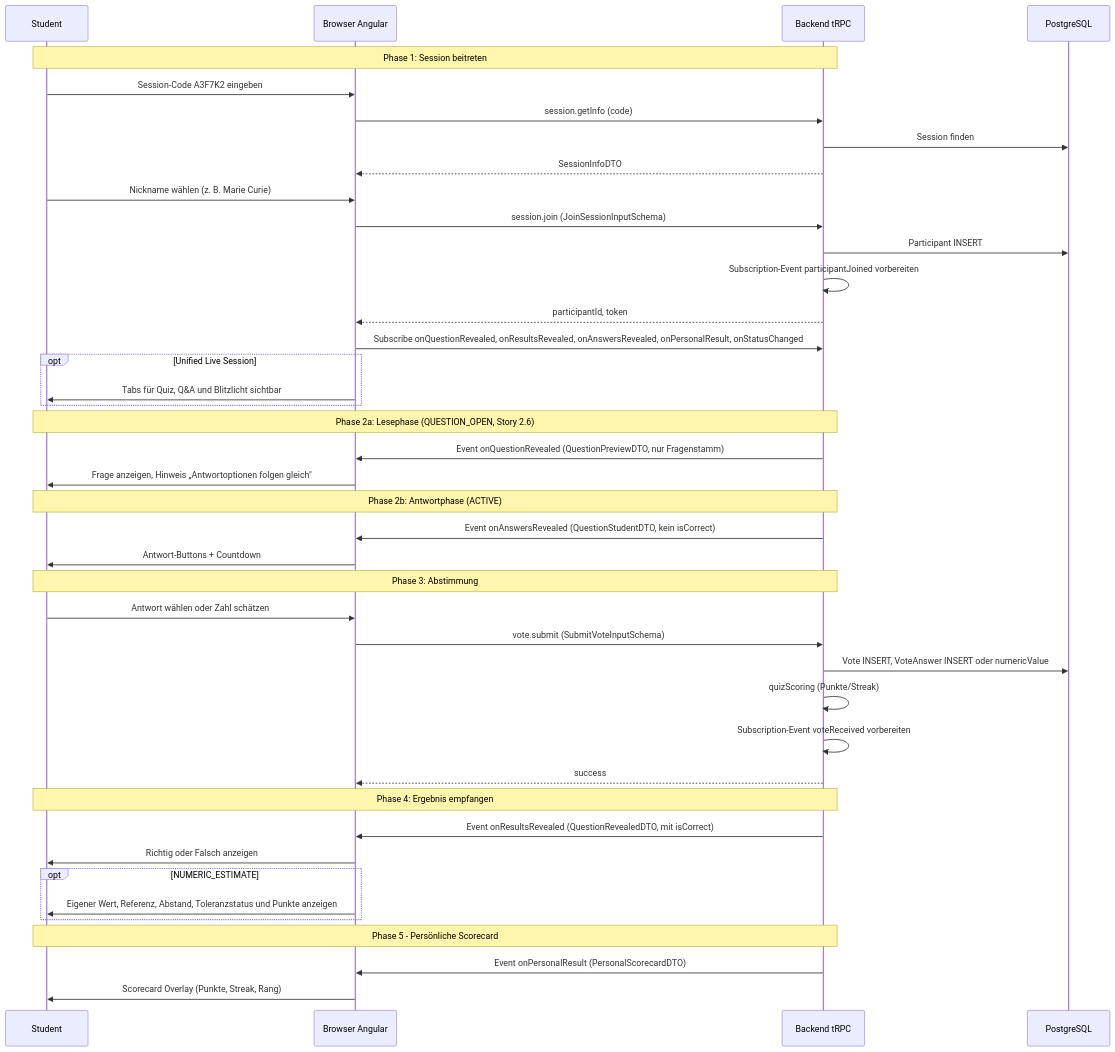
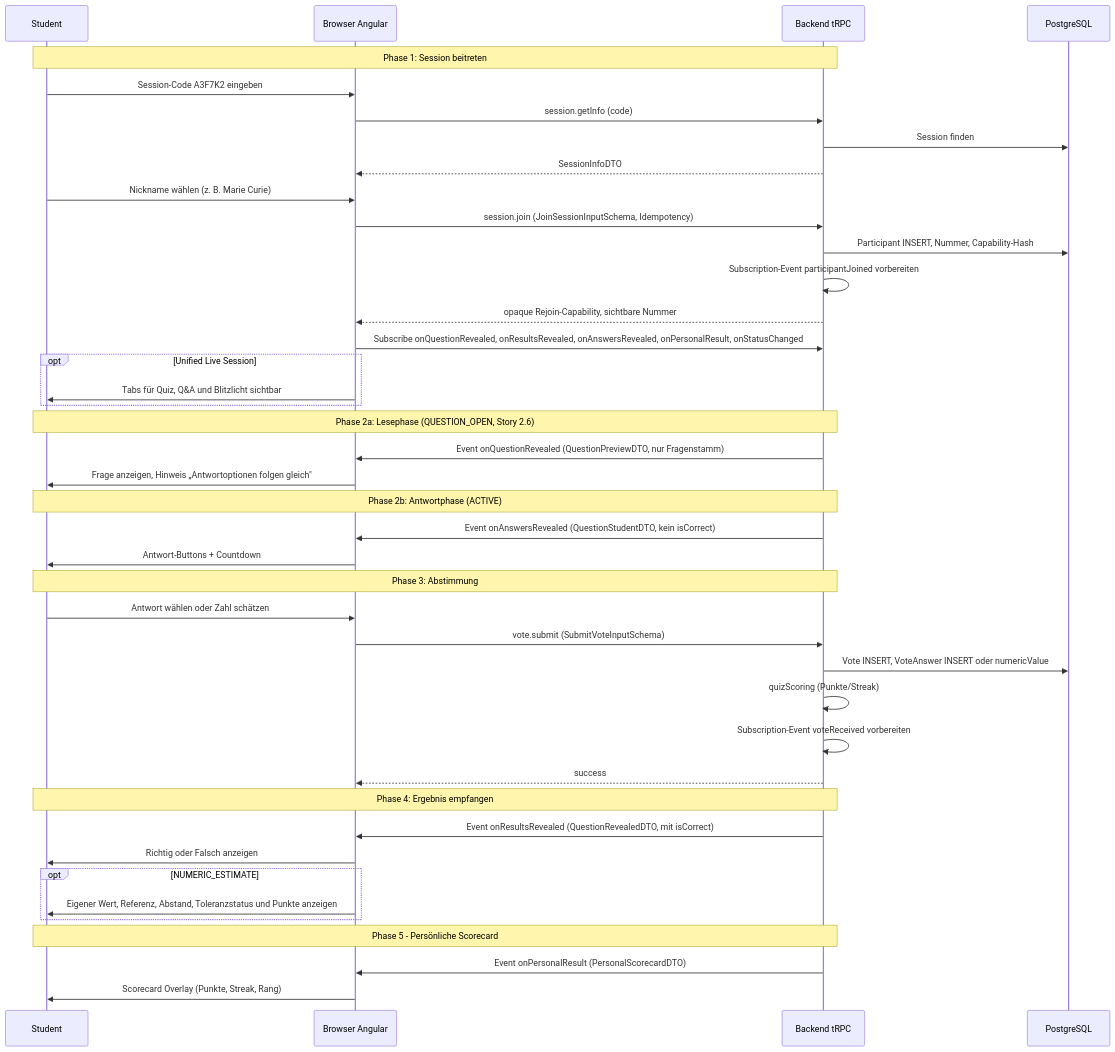
One commit to kqc-real/arsnova.eu changed diagram 16 of 23 in docs/diagrams/diagrams.md. Above: the diagram before and after it, drawn with Mermaid. The commit also changed other lines of this file and 13 other files, not shown here.

````diff
--- a/docs/diagrams/diagrams.md
+++ b/docs/diagrams/diagrams.md
@@ -815,49 +870,49 @@
 ```mermaid
 sequenceDiagram
     participant S as Student
     participant FE as Browser Angular
     participant BE as Backend tRPC
     participant PG as PostgreSQL
 
     Note over S,BE: Phase 1: Session beitreten
     S->>FE: Session-Code A3F7K2 eingeben
     FE->>BE: session.getInfo (code)
     BE->>PG: Session finden
     BE-->>FE: SessionInfoDTO
     S->>FE: Nickname wählen (z. B. Marie Curie)
-    FE->>BE: session.join (JoinSessionInputSchema)
-    BE->>PG: Participant INSERT
+    FE->>BE: session.join (JoinSessionInputSchema, Idempotency)
+    BE->>PG: Participant INSERT, Nummer, Capability-Hash
     BE->>BE: Subscription-Event participantJoined vorbereiten
-    BE-->>FE: participantId, token
+    BE-->>FE: opaque Rejoin-Capability, sichtbare Nummer
     FE->>BE: Subscribe onQuestionRevealed, onResultsRevealed, onAnswersRevealed, onPersonalResult, onStatusChanged
     opt Unified Live Session
         FE->>S: Tabs für Quiz, Q&A und Blitzlicht sichtbar
     end
 
     Note over S,BE: Phase 2a: Lesephase (QUESTION_OPEN, Story 2.6)
     BE->>FE: Event onQuestionRevealed (QuestionPreviewDTO, nur Fragenstamm)
     FE->>S: Frage anzeigen, Hinweis „Antwortoptionen folgen gleich"
 
     Note over S,BE: Phase 2b: Antwortphase (ACTIVE)
     BE->>FE: Event onAnswersRevealed (QuestionStudentDTO, kein isCorrect)
     FE->>S: Antwort-Buttons + Countdown
 
     Note over S,BE: Phase 3: Abstimmung
     S->>FE: Antwort wählen oder Zahl schätzen
     FE->>BE: vote.submit (SubmitVoteInputSchema)
     BE->>PG: Vote INSERT, VoteAnswer INSERT oder numericValue
     BE->>BE: quizScoring (Punkte/Streak)
     BE->>BE: Subscription-Event voteReceived vorbereiten
     BE-->>FE: success
 
     Note over S,BE: Phase 4: Ergebnis empfangen
     BE->>FE: Event onResultsRevealed (QuestionRevealedDTO, mit isCorrect)
     FE->>S: Richtig oder Falsch anzeigen
     opt NUMERIC_ESTIMATE
         FE->>S: Eigener Wert, Referenz, Abstand, Toleranzstatus und Punkte anzeigen
     end
 
     Note over S,BE: Phase 5 - Persönliche Scorecard
     BE->>FE: Event onPersonalResult (PersonalScorecardDTO)
     FE->>S: Scorecard Overlay (Punkte, Streak, Rang)
 ```
````
